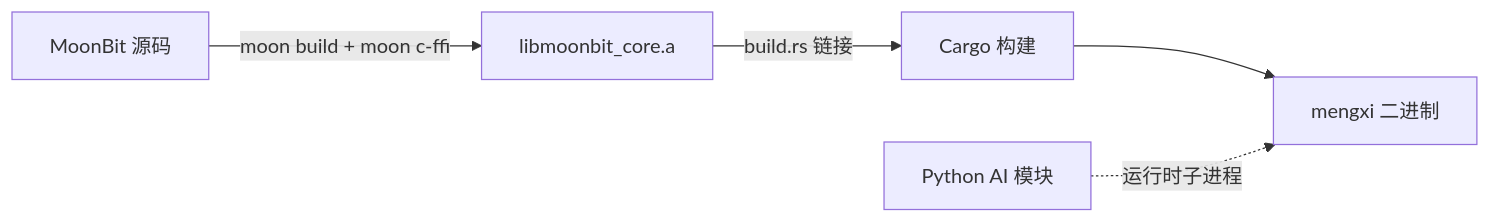
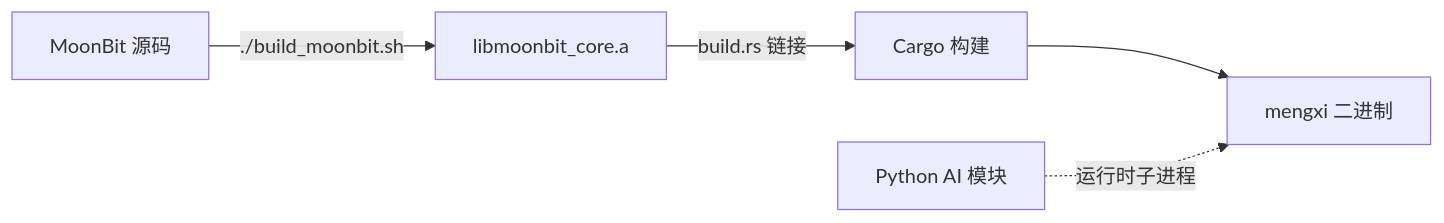
Before and after one commit to MaoDingA/mengxi: the second of 2 diagrams in README.md, drawn with Mermaid. The commit also changed other lines of this file and 6 other files, not shown here.

First line of the commit message:
fix: harden MoonBit build and FFI contract

````diff
--- a/README.md
+++ b/README.md
@@ -388,7 +379,7 @@
 ```mermaid
 flowchart LR
-    A[MoonBit 源码] -->|moon build + moon c-ffi| B[libmoonbit_core.a]
+    A[MoonBit 源码] -->|./build_moonbit.sh| B[libmoonbit_core.a]
     B -->|build.rs 链接| C[Cargo 构建]
     C --> D[mengxi 二进制]
     E[Python AI 模块] -.->|运行时子进程| D
 ```
````
